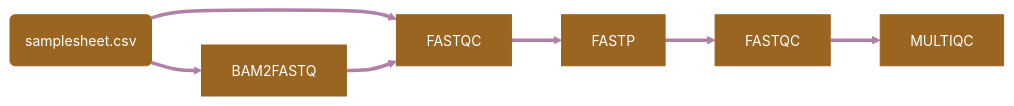
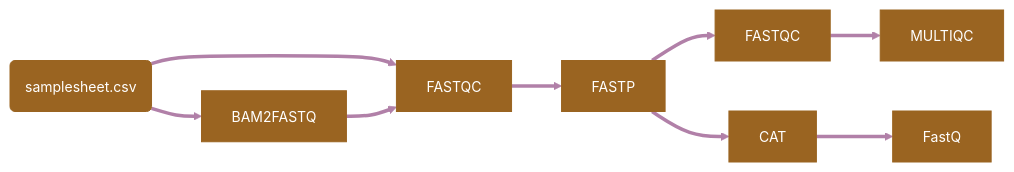
The diagram in README.md (GallVp/prepngs), drawn with Mermaid before and after one commit. The commit also changed other lines of this file and 15 other files, not shown here.

````diff
--- a/README.md
+++ b/README.md
@@ -15,22 +15,26 @@
 ```mermaid
 %%{init: {
     'theme': 'base',
     'themeVariables': {
     'fontSize': '14px",
     'primaryColor': '#9A6421',
     'primaryTextColor': '#ffffff',
     'primaryBorderColor': '#9A6421',
     'lineColor': '#B180A8',
     'secondaryColor': '#455C58',
     'tertiaryColor': '#ffffff'
   }
 }}%%
 flowchart LR
   samplesheet(samplesheet.csv) ==> BAM2FASTQ
   samplesheet(samplesheet.csv) ==> FASTQC
 
   BAM2FASTQ ==> FASTQC
   FASTQC ==> FASTP
   FASTP ==> FASTQC2[FASTQC]
+
+  FASTP ==> CAT
+  CAT ==> FastQ
+
   FASTQC2 ==> MULTIQC
 ```
````
